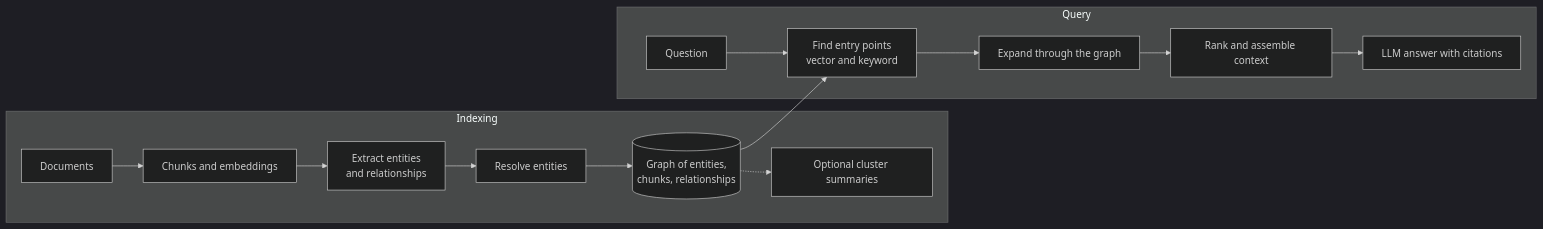
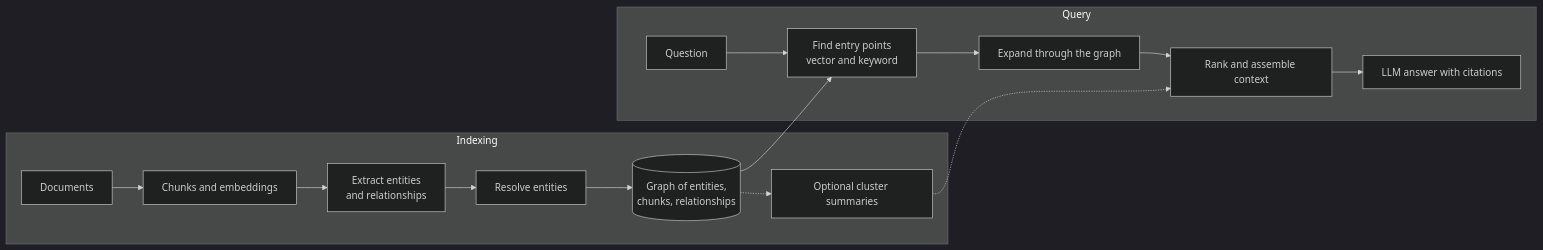
The diagram in docs/learn/ai-memory/what-is-graphrag.mdx (Mu-L/helix-db), drawn with Mermaid (dark theme) before and after one commit. The commit also changed other lines of this file and 21 other files, not shown here.

````diff
--- a/docs/learn/ai-memory/what-is-graphrag.mdx
+++ b/docs/learn/ai-memory/what-is-graphrag.mdx
@@ -69,17 +72,18 @@
 ```mermaid
 flowchart LR
     subgraph indexing["Indexing"]
         docs["Documents"] --> chunks["Chunks and embeddings"]
         chunks --> extract["Extract entities<br/>and relationships"]
         extract --> resolve["Resolve entities"]
         resolve --> kg[("Graph of entities,<br/>chunks, relationships")]
         kg -.-> summaries["Optional cluster summaries"]
     end
     subgraph querying["Query"]
         question["Question"] --> entry["Find entry points<br/>vector and keyword"]
         entry --> expand["Expand through the graph"]
         expand --> rank["Rank and assemble context"]
         rank --> answer["LLM answer with citations"]
     end
     kg --> entry
+    summaries -.-> rank
 ```
````
